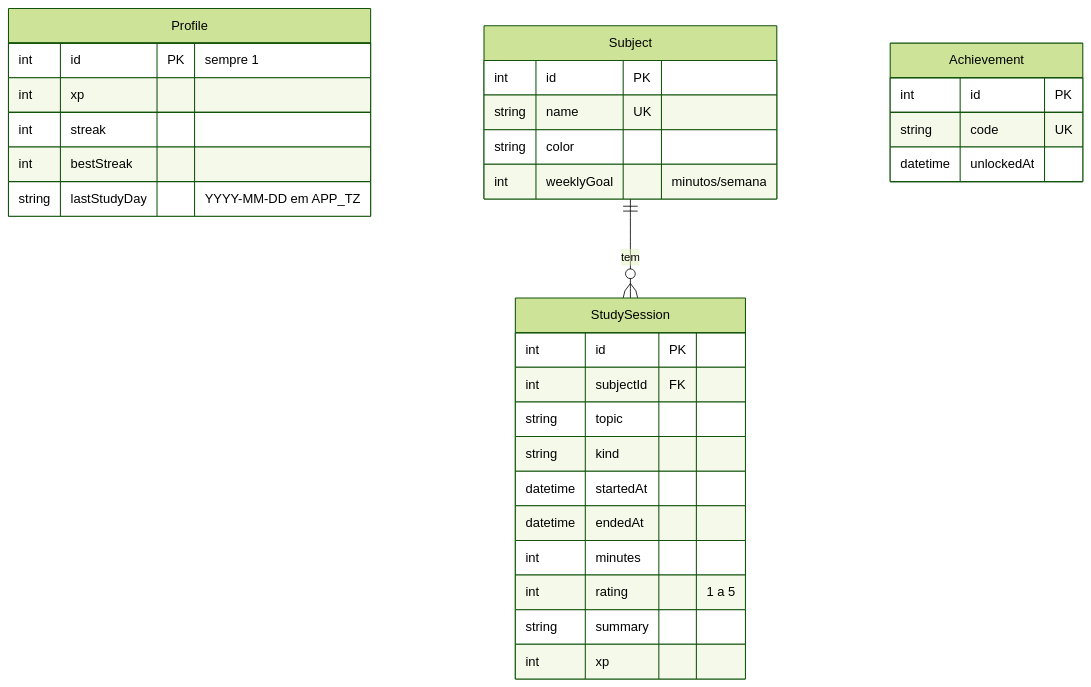
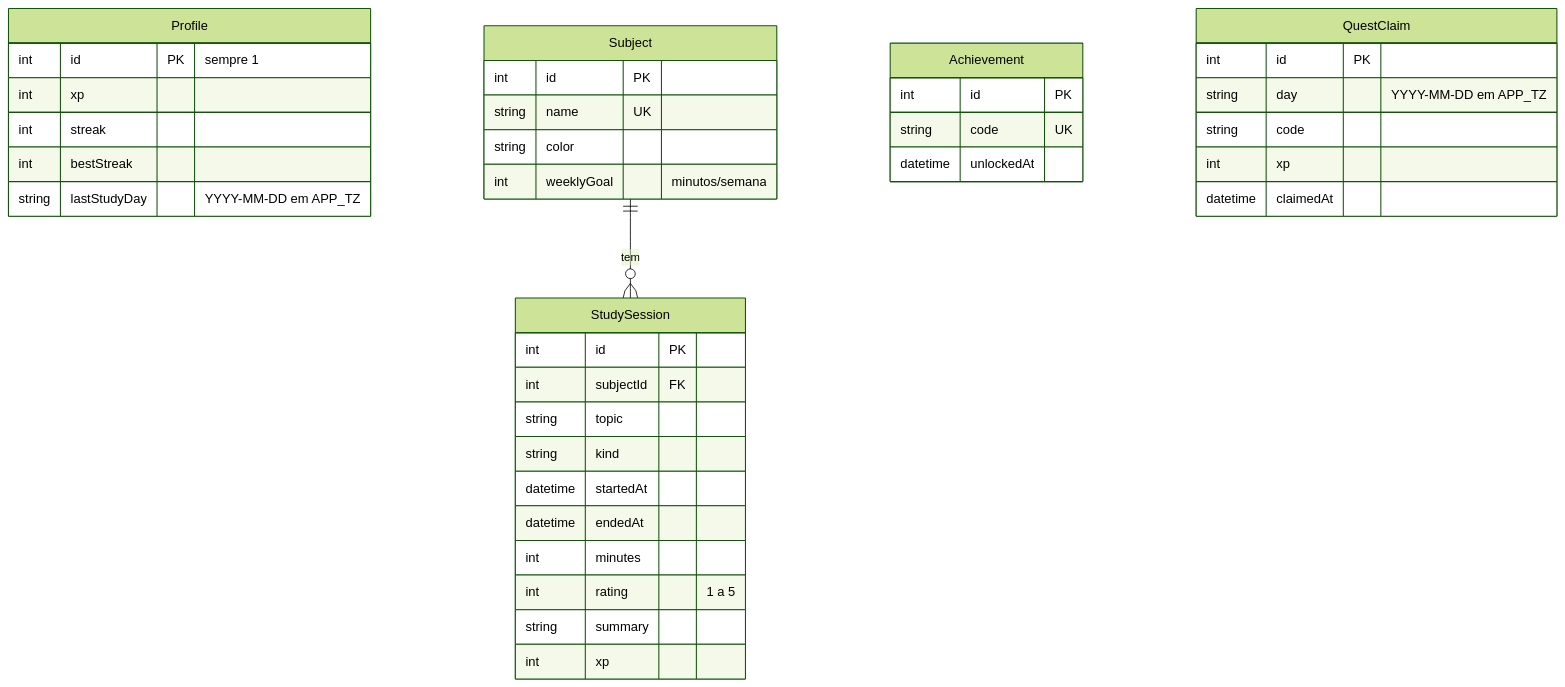
Before and after one commit to marcondessimAO/StudyOS: the diagram in docs/03-modelo-de-dados.md, drawn with Mermaid (forest theme). The commit also changed other lines of this file and 15 other files, not shown here.

````diff
--- a/docs/03-modelo-de-dados.md
+++ b/docs/03-modelo-de-dados.md
@@ -5,34 +5,41 @@
 ```mermaid
 erDiagram
   Profile {
     int id PK "sempre 1"
     int xp
     int streak
     int bestStreak
     string lastStudyDay "YYYY-MM-DD em APP_TZ"
   }
   Subject ||--o{ StudySession : tem
   Subject {
     int id PK
     string name UK
     string color
     int weeklyGoal "minutos/semana"
   }
   StudySession {
     int id PK
     int subjectId FK
     string topic
     string kind
     datetime startedAt
     datetime endedAt
     int minutes
     int rating "1 a 5"
     string summary
     int xp
   }
   Achievement {
     int id PK
     string code UK
     datetime unlockedAt
   }
+  QuestClaim {
+    int id PK
+    string day "YYYY-MM-DD em APP_TZ"
+    string code
+    int xp
+    datetime claimedAt
+  }
 ```
````
